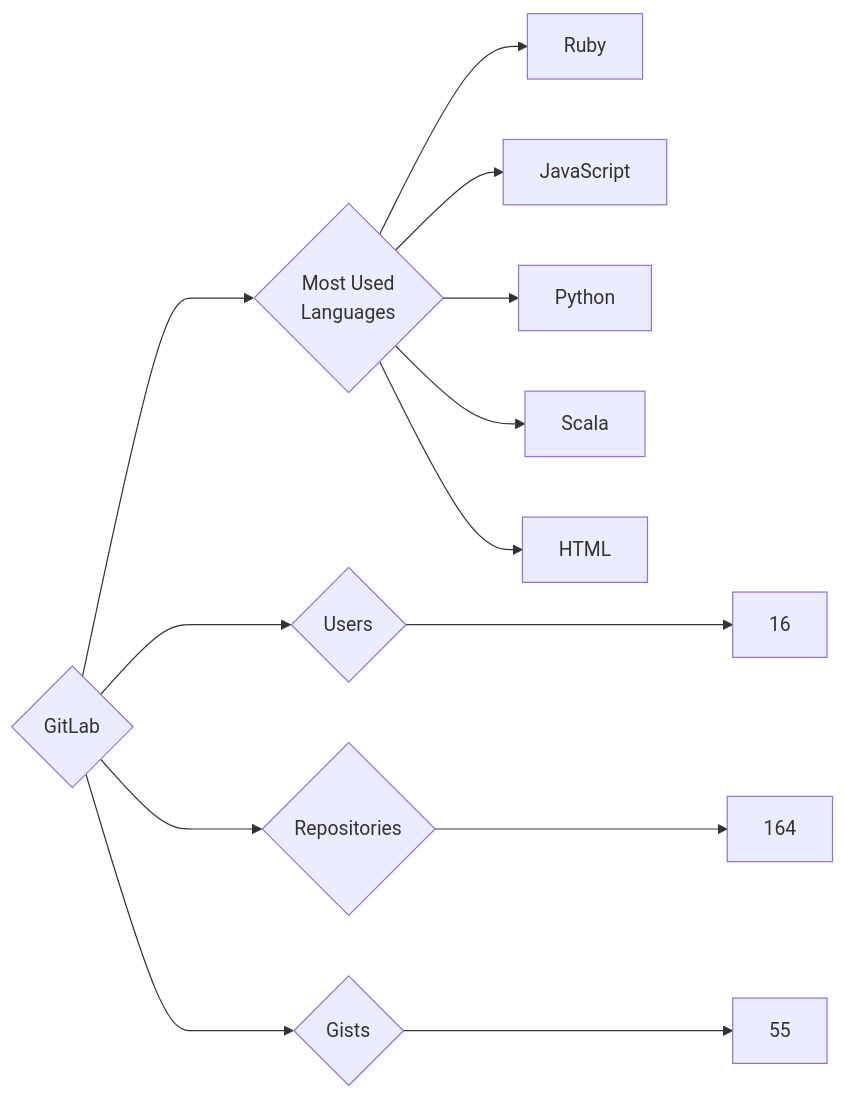
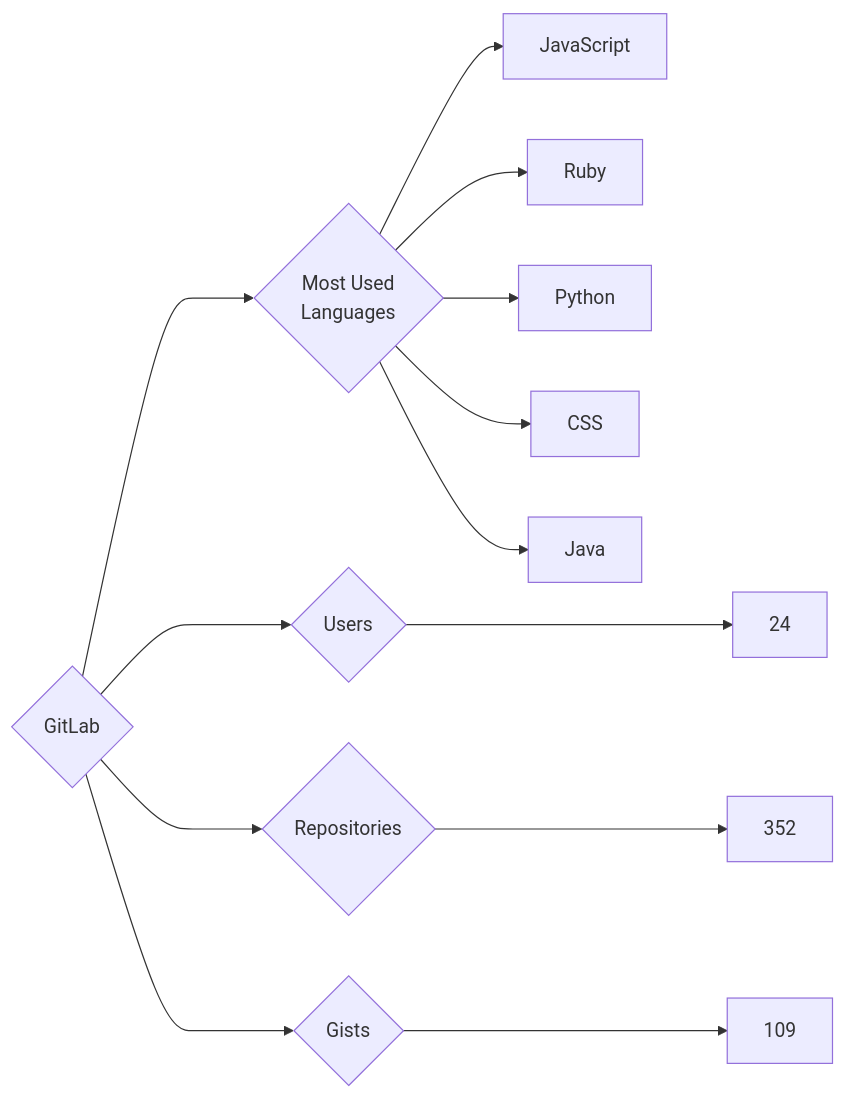
The diagram in targets/GitLab/README.md (trickest/insiders), drawn with Mermaid before and after one commit. The commit also changed 951 other files, not shown here.

````diff
--- a/targets/GitLab/README.md
+++ b/targets/GitLab/README.md
@@ -3,13 +3,13 @@
 ```mermaid
 graph LR
 COMPANY_NAME{GitLab}
-COMPANY_NAME ---> U{Users} ---> UN[16]
-COMPANY_NAME ---> R{Repositories} ---> RN[164]
-COMPANY_NAME ---> G{Gists} ---> GN[55]
+COMPANY_NAME ---> U{Users} ---> UN[24]
+COMPANY_NAME ---> R{Repositories} ---> RN[352]
+COMPANY_NAME ---> G{Gists} ---> GN[109]
 COMPANY_NAME ---> ML{Most Used<br>Languages}
+ML --> JavaScript[JavaScript]
 ML --> Ruby[Ruby]
-ML --> JavaScript[JavaScript]
 ML --> Python[Python]
-ML --> Scala[Scala]
-ML --> HTML[HTML]
+ML --> CSS[CSS]
+ML --> Java[Java]
 ```
````
